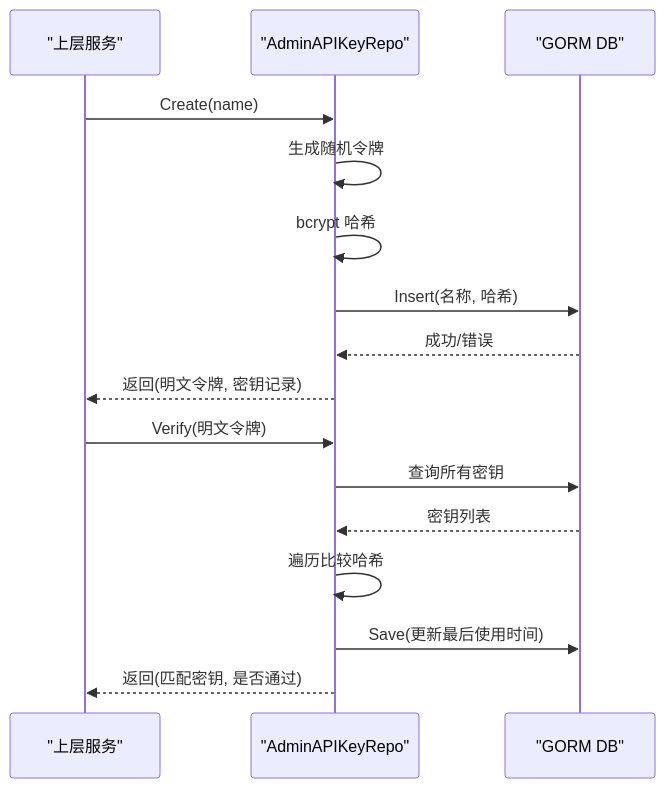
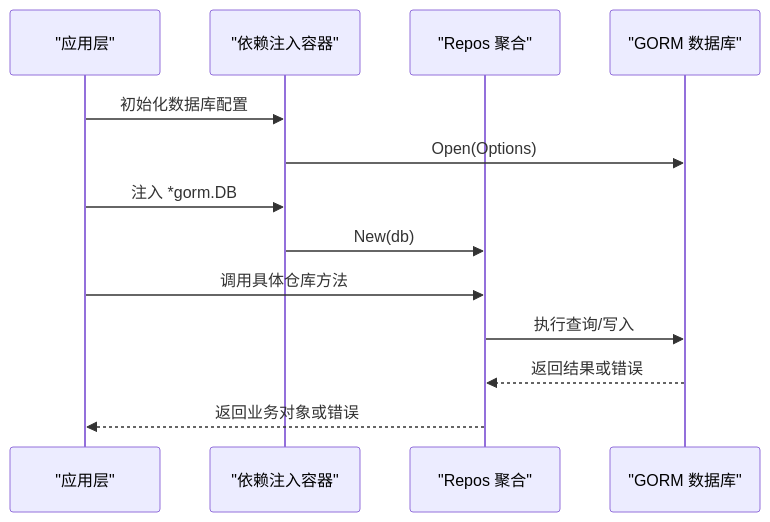
The second of 7 diagrams in docs/数据存储层/数据访问层设计.md (x01n/My-OpenWaf), drawn with Mermaid before and after one commit. The commit also changed other lines of this file and 199 other files, not shown here.

````diff
--- a/docs/数据存储层/数据访问层设计.md
+++ b/docs/数据存储层/数据访问层设计.md
@@ -192,18 +81,15 @@
 ```mermaid
 sequenceDiagram
-participant Svc as "上层服务"
-participant Repo as "AdminAPIKeyRepo"
-participant DB as "GORM DB"
-Svc->>Repo : Create(name)
-Repo->>Repo : 生成随机令牌
-Repo->>Repo : bcrypt 哈希
-Repo->>DB : Insert(名称, 哈希)
-DB-->>Repo : 成功/错误
-Repo-->>Svc : 返回(明文令牌, 密钥记录)
-Svc->>Repo : Verify(明文令牌)
-Repo->>DB : 查询所有密钥
-DB-->>Repo : 密钥列表
-Repo->>Repo : 遍历比较哈希
-Repo->>DB : Save(更新最后使用时间)
-Repo-->>Svc : 返回(匹配密钥, 是否通过)
+participant App as "应用层"
+participant DI as "依赖注入容器"
+participant Repo as "Repos 聚合"
+participant DB as "GORM 数据库"
+App->>DI : 初始化数据库配置
+DI->>DB : Open(Options)
+App->>DI : 注入 *gorm.DB
+DI->>Repo : New(db)
+App->>Repo : 调用具体仓库方法
+Repo->>DB : 执行查询/写入
+DB-->>Repo : 返回结果或错误
+Repo-->>App : 返回业务对象或错误
 ```
````
